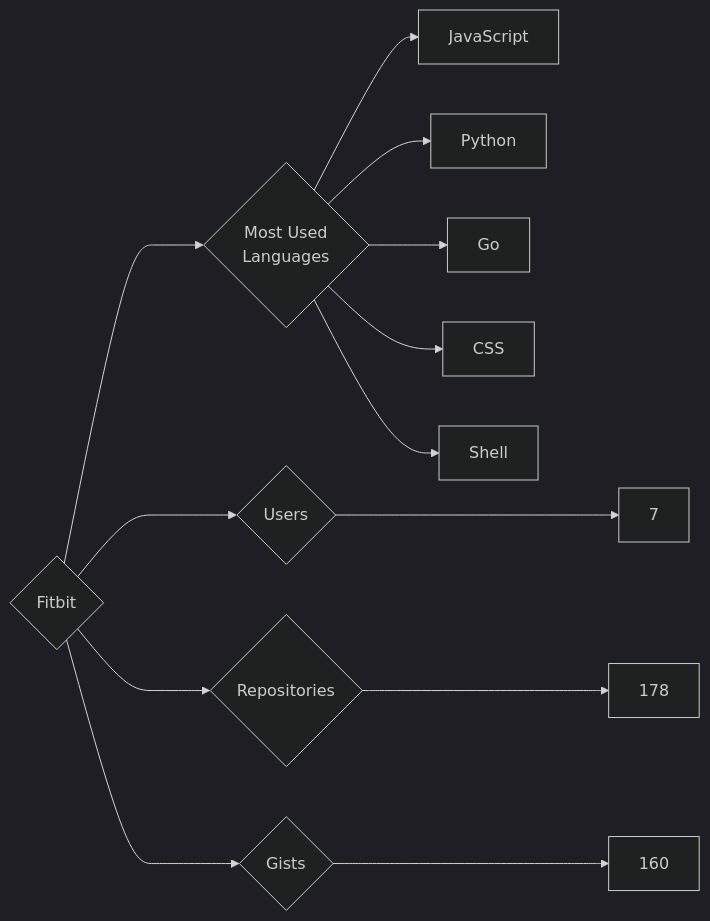
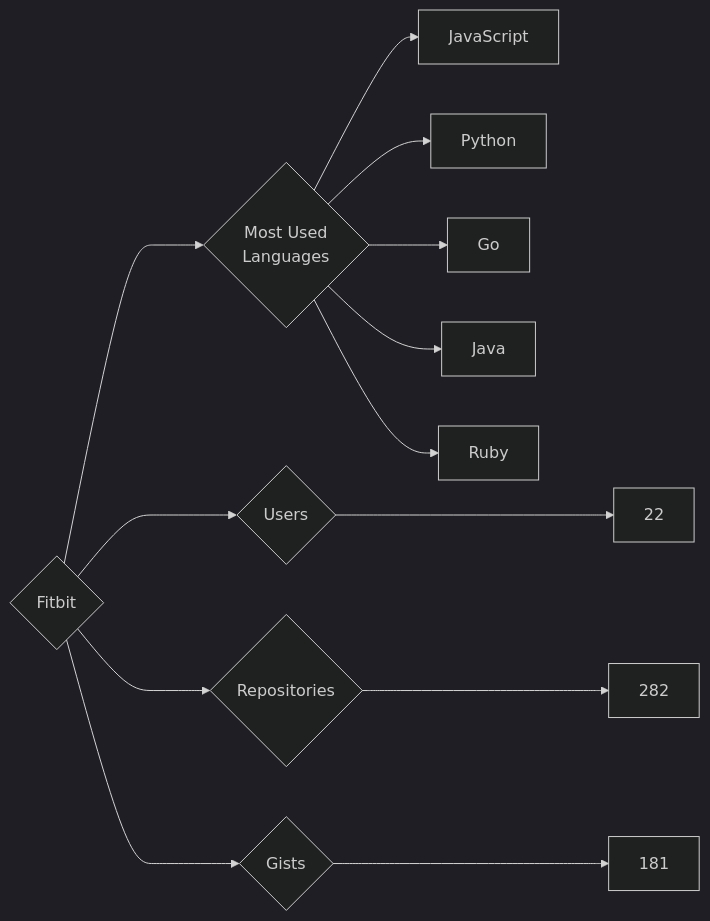
Before and after one commit to trickest/insiders: the diagram in targets/Fitbit/README.md, drawn with Mermaid (dark theme). The commit also changed 757 other files, not shown here.

````diff
--- a/targets/Fitbit/README.md
+++ b/targets/Fitbit/README.md
@@ -3,13 +3,13 @@
 ```mermaid
 graph LR
 COMPANY_NAME{Fitbit}
-COMPANY_NAME ---> U{Users} ---> UN[7]
-COMPANY_NAME ---> R{Repositories} ---> RN[178]
-COMPANY_NAME ---> G{Gists} ---> GN[160]
+COMPANY_NAME ---> U{Users} ---> UN[22]
+COMPANY_NAME ---> R{Repositories} ---> RN[282]
+COMPANY_NAME ---> G{Gists} ---> GN[181]
 COMPANY_NAME ---> ML{Most Used<br>Languages}
 ML --> JavaScript[JavaScript]
 ML --> Python[Python]
 ML --> Go[Go]
-ML --> CSS[CSS]
-ML --> Shell[Shell]
+ML --> Java[Java]
+ML --> Ruby[Ruby]
 ```
````
